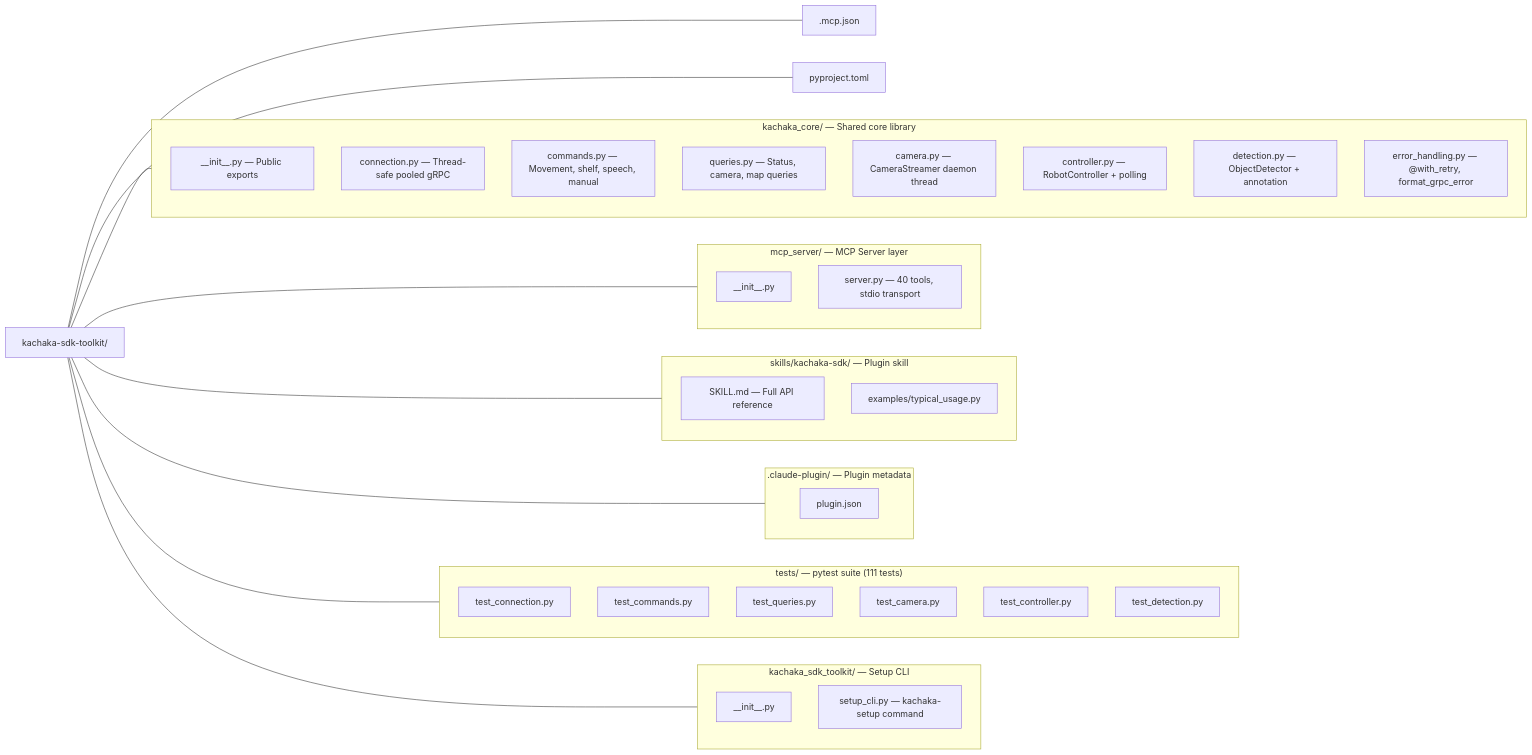
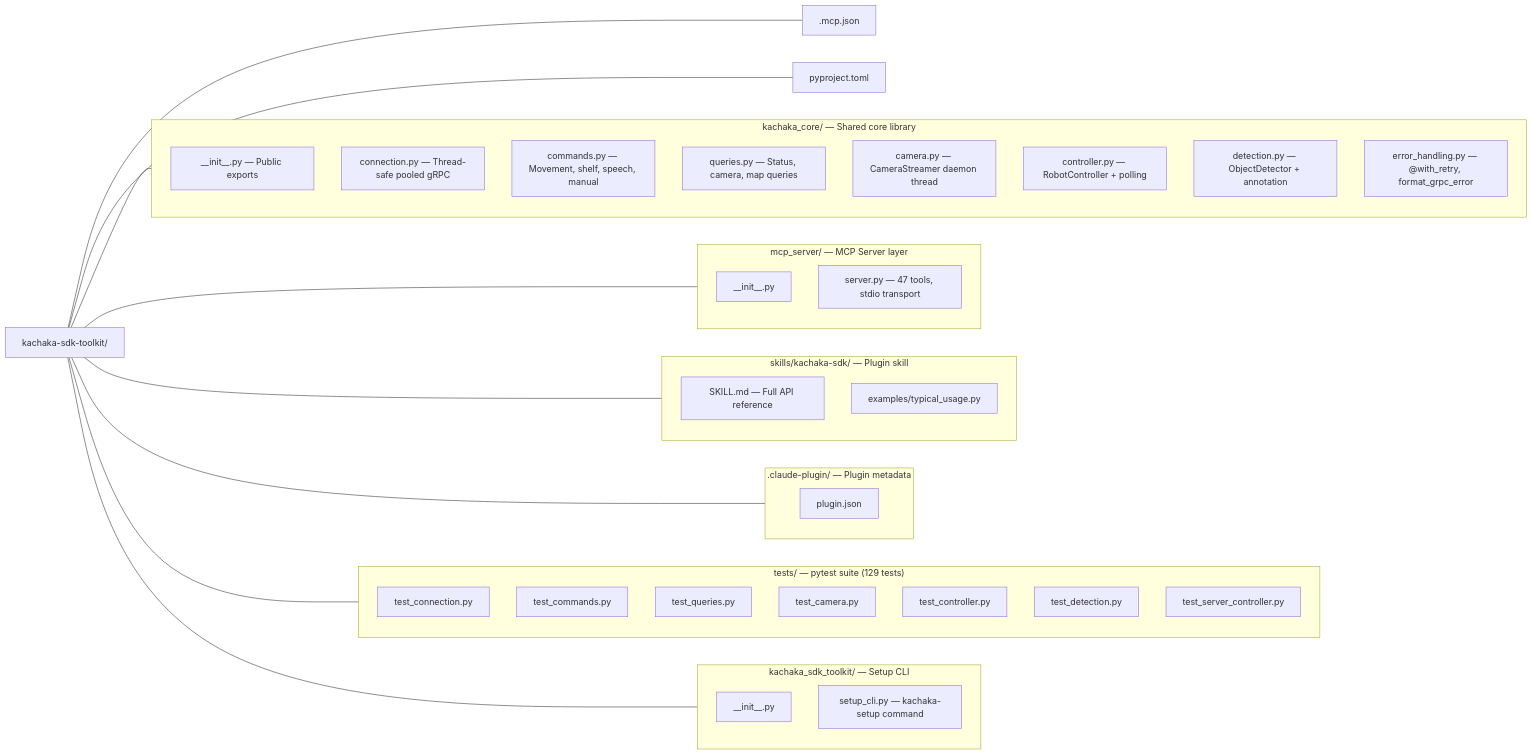
The third of 3 diagrams in README.md (Sigma-Snaken/kachaka-sdk-toolkit), drawn with Mermaid before and after one commit. The commit also changed other lines of this file and 7 other files, not shown here.

First line of the commit message:
feat: expose RobotController as 6 MCP tools with shelf drop monitoring

````diff
--- a/README.md
+++ b/README.md
@@ -690,52 +708,53 @@
 ```mermaid
 graph LR
     ROOT["kachaka-sdk-toolkit/"]
 
     subgraph core["kachaka_core/ — Shared core library"]
         C_INIT["__init__.py — Public exports"]
         C_CONN["connection.py — Thread-safe pooled gRPC"]
         C_CMD["commands.py — Movement, shelf, speech, manual"]
         C_QRY["queries.py — Status, camera, map queries"]
         C_CAM["camera.py — CameraStreamer daemon thread"]
         C_CTRL["controller.py — RobotController + polling"]
         C_DET["detection.py — ObjectDetector + annotation"]
         C_ERR["error_handling.py — @with_retry, format_grpc_error"]
     end
 
     subgraph mcp["mcp_server/ — MCP Server layer"]
         M_INIT["__init__.py"]
-        M_SRV["server.py — 40 tools, stdio transport"]
+        M_SRV["server.py — 47 tools, stdio transport"]
     end
 
     subgraph skills["skills/kachaka-sdk/ — Plugin skill"]
         S_MD["SKILL.md — Full API reference"]
         S_EX["examples/typical_usage.py"]
     end
 
     subgraph plugin[".claude-plugin/ — Plugin metadata"]
         P_JSON["plugin.json"]
     end
 
-    subgraph tests["tests/ — pytest suite (111 tests)"]
+    subgraph tests["tests/ — pytest suite (129 tests)"]
         T_CONN["test_connection.py"]
         T_CMD["test_commands.py"]
         T_QRY["test_queries.py"]
         T_CAM["test_camera.py"]
         T_CTRL["test_controller.py"]
         T_DET["test_detection.py"]
+        T_SCTRL["test_server_controller.py"]
     end
 
     subgraph cli["kachaka_sdk_toolkit/ — Setup CLI"]
         CLI_INIT["__init__.py"]
         CLI_SETUP["setup_cli.py — kachaka-setup command"]
     end
 
     ROOT --- core
     ROOT --- mcp
     ROOT --- skills
     ROOT --- plugin
     ROOT --- tests
     ROOT --- cli
     ROOT --- MCP_JSON[".mcp.json"]
     ROOT --- TOML["pyproject.toml"]
 ```
````
